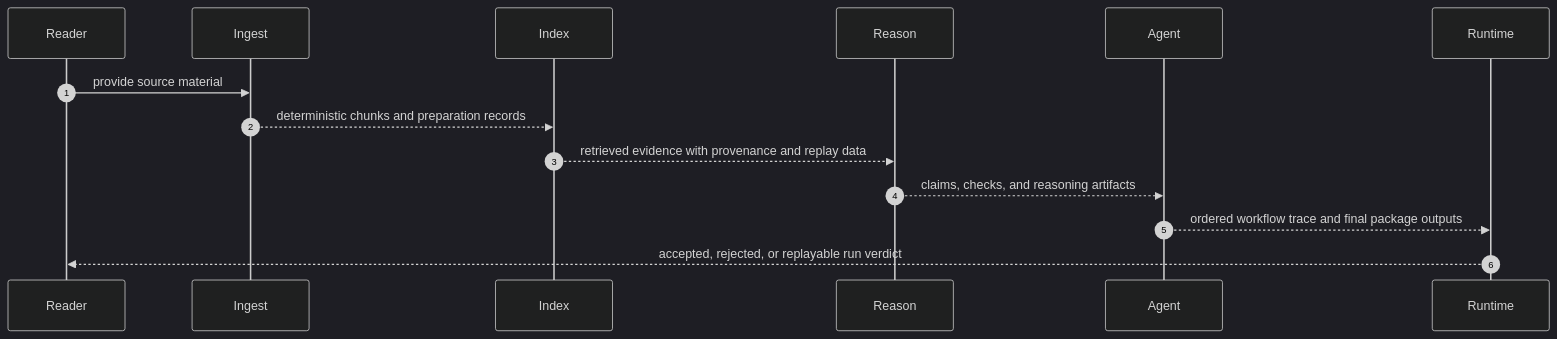
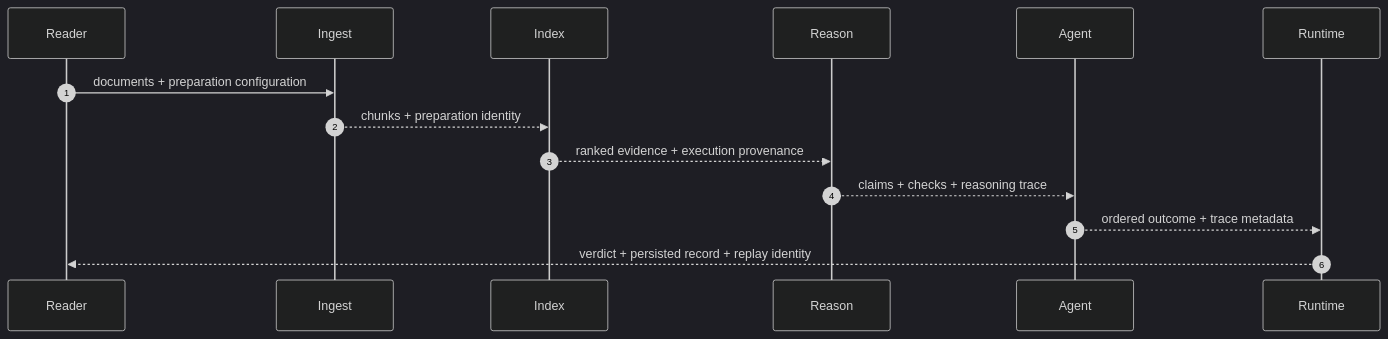
One commit to bijux/bijux-canon changed the second of 2 diagrams in docs/index.md. Above: the diagram before and after it, drawn with Mermaid (dark theme). The commit also changed other lines of this file and 1 other file, not shown here.

Commit message:
docs(overview): define the governed execution chain

````diff
--- a/docs/index.md
+++ b/docs/index.md
@@ -153,17 +145,17 @@
 ```mermaid
 sequenceDiagram
     autonumber
     participant Reader
     participant Ingest
     participant Index
     participant Reason
     participant Agent
     participant Runtime
 
-    Reader->>Ingest: provide source material
-    Ingest-->>Index: deterministic chunks and preparation records
-    Index-->>Reason: retrieved evidence with provenance and replay data
-    Reason-->>Agent: claims, checks, and reasoning artifacts
-    Agent-->>Runtime: ordered workflow trace and final package outputs
-    Runtime-->>Reader: accepted, rejected, or replayable run verdict
+    Reader->>Ingest: documents + preparation configuration
+    Ingest-->>Index: chunks + preparation identity
+    Index-->>Reason: ranked evidence + execution provenance
+    Reason-->>Agent: claims + checks + reasoning trace
+    Agent-->>Runtime: ordered outcome + trace metadata
+    Runtime-->>Reader: verdict + persisted record + replay identity
 ```
````
